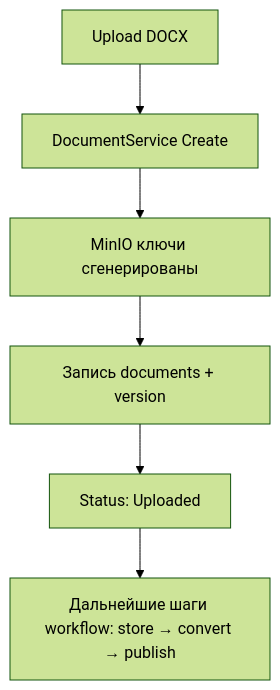
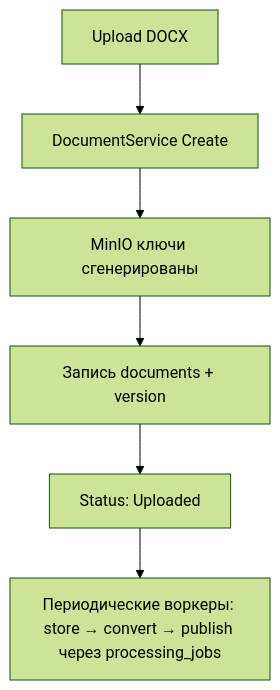
Before and after one commit to FedorovTeam/mono-repo: the first of 3 diagrams in backend/document-service/diagrams.md, drawn with Mermaid (forest theme). The commit also changed 10 other files, not shown here.

````diff
--- a/backend/document-service/diagrams.md
+++ b/backend/document-service/diagrams.md
@@ -3,8 +3,8 @@
 ```mermaid
 flowchart TD
     A[Upload DOCX] --> B[DocumentService Create]
     B --> C[MinIO ключи сгенерированы]
     C --> D[Запись documents + version]
     D --> E[Status: Uploaded]
-    E --> F[Дальнейшие шаги workflow: store → convert → publish]
+    E --> F[Периодические воркеры: store → convert → publish через processing_jobs]
 ```
````
